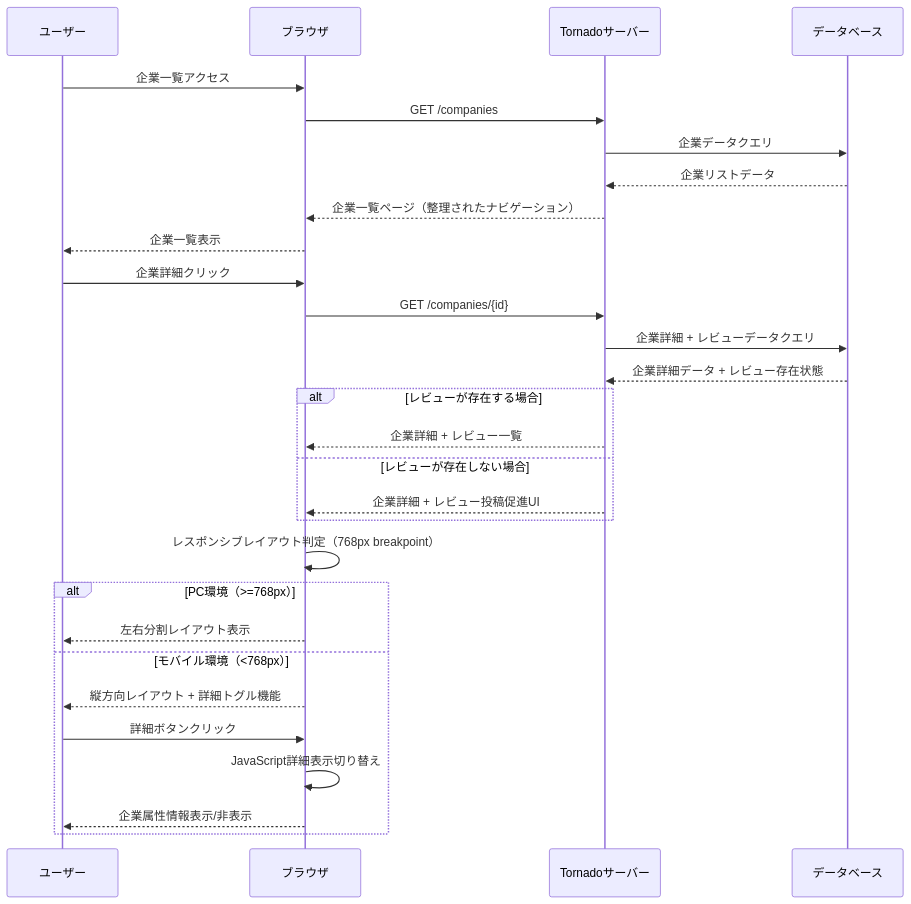
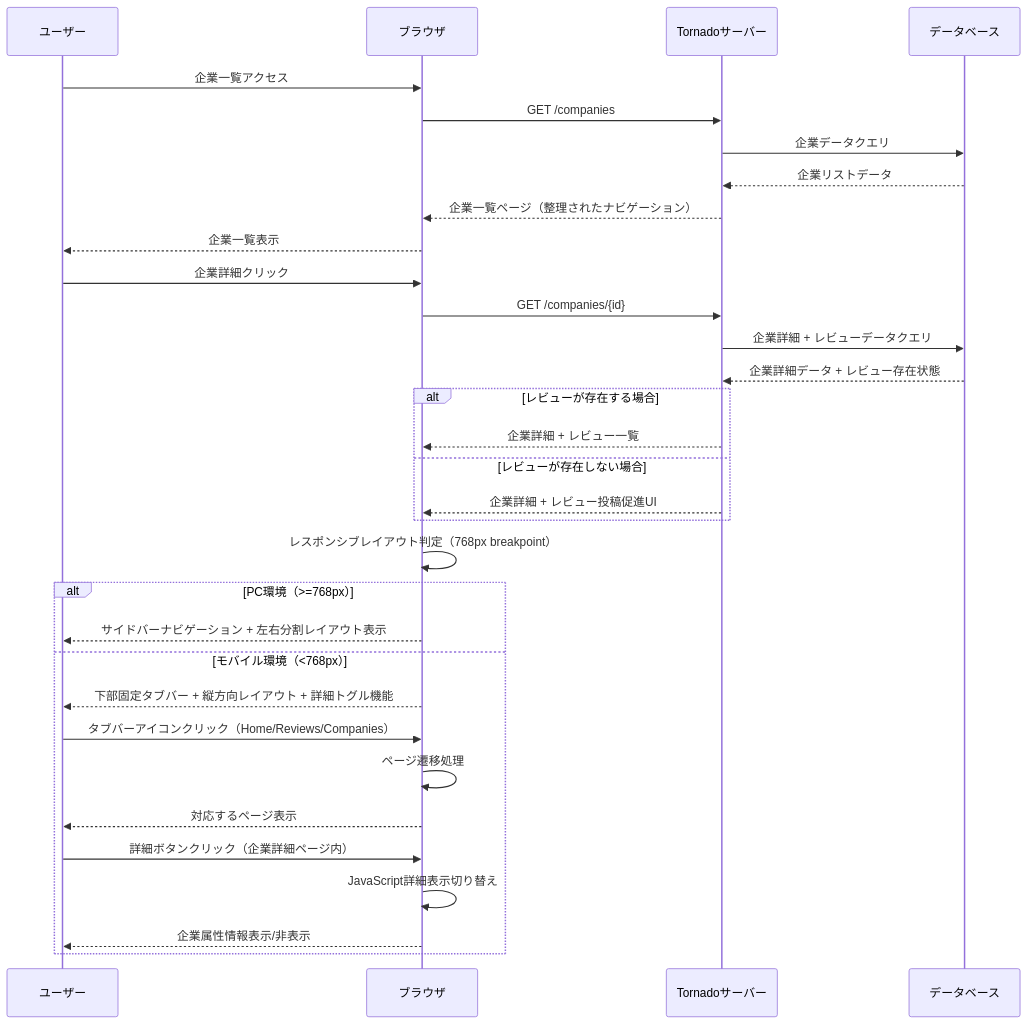
The first of 2 diagrams in .kiro/specs/ui-navigation-redesign/design.md (jun-JUNJUN/dxeeworld), drawn with Mermaid before and after one commit. The commit also changed other lines of this file and 7 other files, not shown here.

````diff
--- a/.kiro/specs/ui-navigation-redesign/design.md
+++ b/.kiro/specs/ui-navigation-redesign/design.md
@@ -64,36 +73,39 @@
 ```mermaid
 sequenceDiagram
     participant User as ユーザー
     participant Browser as ブラウザ
     participant Server as Tornadoサーバー
     participant DB as データベース
 
     User->>Browser: 企業一覧アクセス
     Browser->>Server: GET /companies
     Server->>DB: 企業データクエリ
     DB-->>Server: 企業リストデータ
     Server-->>Browser: 企業一覧ページ（整理されたナビゲーション）
     Browser-->>User: 企業一覧表示
 
     User->>Browser: 企業詳細クリック
     Browser->>Server: GET /companies/{id}
     Server->>DB: 企業詳細 + レビューデータクエリ
     DB-->>Server: 企業詳細データ + レビュー存在状態
 
     alt レビューが存在する場合
         Server-->>Browser: 企業詳細 + レビュー一覧
     else レビューが存在しない場合
         Server-->>Browser: 企業詳細 + レビュー投稿促進UI
     end
 
     Browser->>Browser: レスポンシブレイアウト判定（768px breakpoint）
 
     alt PC環境（>=768px）
-        Browser-->>User: 左右分割レイアウト表示
+        Browser-->>User: サイドバーナビゲーション + 左右分割レイアウト表示
     else モバイル環境（<768px）
-        Browser-->>User: 縦方向レイアウト + 詳細トグル機能
-        User->>Browser: 詳細ボタンクリック
+        Browser-->>User: 下部固定タブバー + 縦方向レイアウト + 詳細トグル機能
+        User->>Browser: タブバーアイコンクリック（Home/Reviews/Companies）
+        Browser->>Browser: ページ遷移処理
+        Browser-->>User: 対応するページ表示
+        User->>Browser: 詳細ボタンクリック（企業詳細ページ内）
         Browser->>Browser: JavaScript詳細表示切り替え
         Browser-->>User: 企業属性情報表示/非表示
     end
 ```
````
